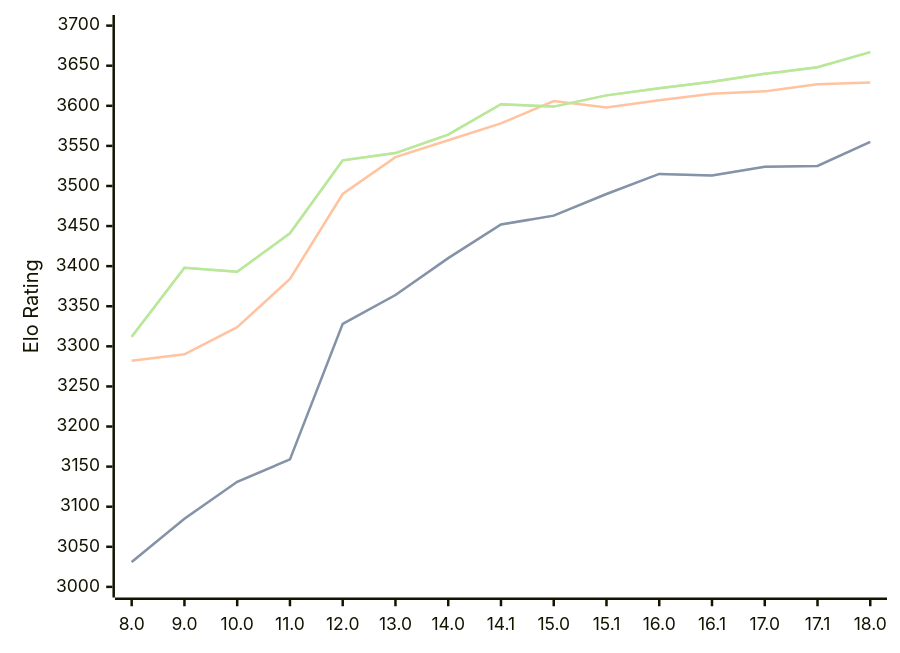
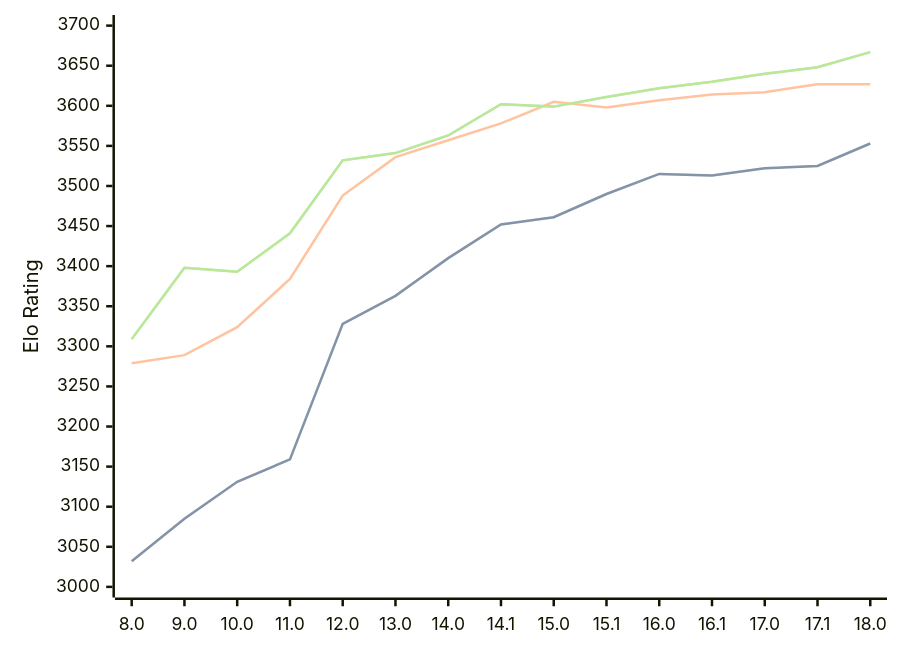
One commit to computer-chess-index/cci changed the diagram in engines/Stockfish.md. Above: the diagram before and after it, drawn with Mermaid. The commit also changed other lines of this file, not shown here.

Commit message:
Update CCI Ratings (ELO VLTC) - 2026-03-06

````diff
--- a/engines/Stockfish.md
+++ b/engines/Stockfish.md
@@ -44,11 +44,11 @@
 ```mermaid
 %%{init: {"theme":"base","themeVariables":{"seriesColors:['#a3a3a3','#222221','#faa371']}}}%%
 xychart-beta
   x-axis ["8.0", "9.0", "10.0", "11.0", "12.0", "13.0", "14.0", "14.1", "15.0", "15.1", "16.0", "16.1", "17.0", "17.1", "18.0"]
   y-axis "Elo Rating" 3000 --> 3700
-  line "STC (8.0+0.08s)" [3031, 3085, 3131, 3159, 3328, 3364, 3410, 3452, 3463, 3490, 3515, 3513, 3524, 3525, 3555]
-  line "STC (8.0+0.08s)" [3031, 3085, 3131, 3159, 3328, 3364, 3410, 3452, 3463, 3490, 3515, 3513, 3524, 3525, 3555]
-  line "LTC (60.0+0.60s)" [3282, 3290, 3324, 3384, 3490, 3536, 3557, 3578, 3606, 3598, 3607, 3615, 3618, 3627, 3629]
-  line "VLTC (2m24s+1.12s)" [3312, 3398, 3393, 3441, 3532, 3541, 3564, 3602, 3599, 3613, 3622, 3630, 3640, 3648, 3667]
-  line "VLTC (2m24s+1.12s)" [3312, 3398, 3393, 3441, 3532, 3541, 3564, 3602, 3599, 3613, 3622, 3630, 3640, 3648, 3667]
+  line "STC (8.0+0.08s)" [3032, 3085, 3131, 3159, 3328, 3363, 3410, 3452, 3461, 3490, 3515, 3513, 3522, 3525, 3553]
+  line "STC (8.0+0.08s)" [3032, 3085, 3131, 3159, 3328, 3363, 3410, 3452, 3461, 3490, 3515, 3513, 3522, 3525, 3553]
+  line "LTC (60.0+0.60s)" [3279, 3289, 3324, 3384, 3488, 3536, 3557, 3578, 3605, 3598, 3607, 3614, 3617, 3627, 3627]
+  line "VLTC (2m24s+1.12s)" [3309, 3398, 3393, 3441, 3532, 3541, 3563, 3602, 3599, 3611, 3622, 3630, 3640, 3648, 3667]
+  line "VLTC (2m24s+1.12s)" [3309, 3398, 3393, 3441, 3532, 3541, 3563, 3602, 3599, 3611, 3622, 3630, 3640, 3648, 3667]
 ```
````
